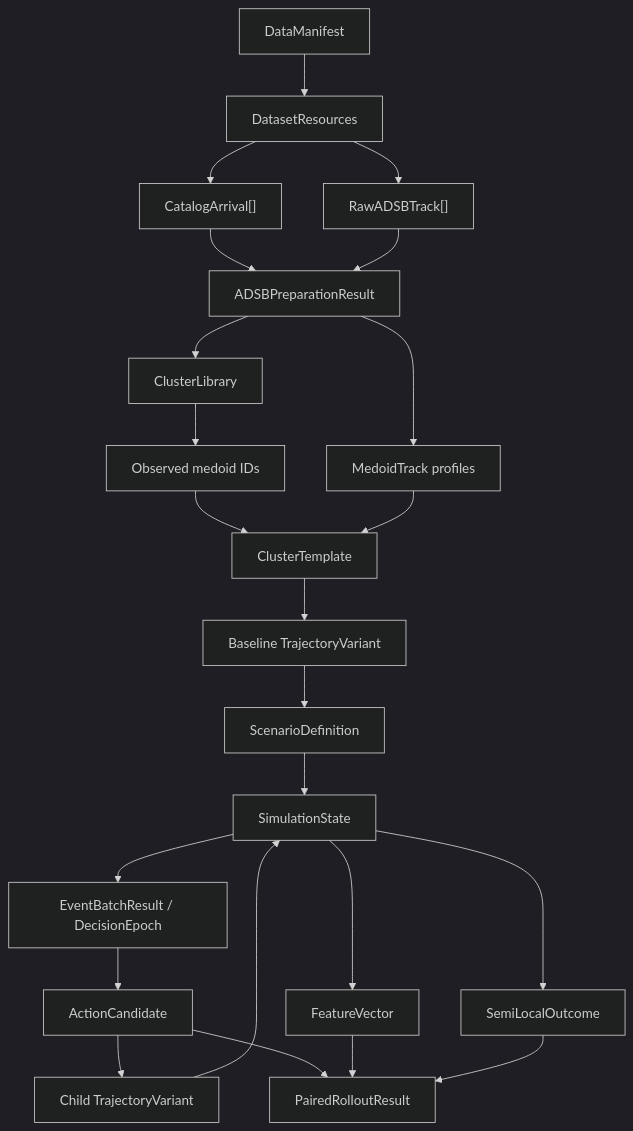
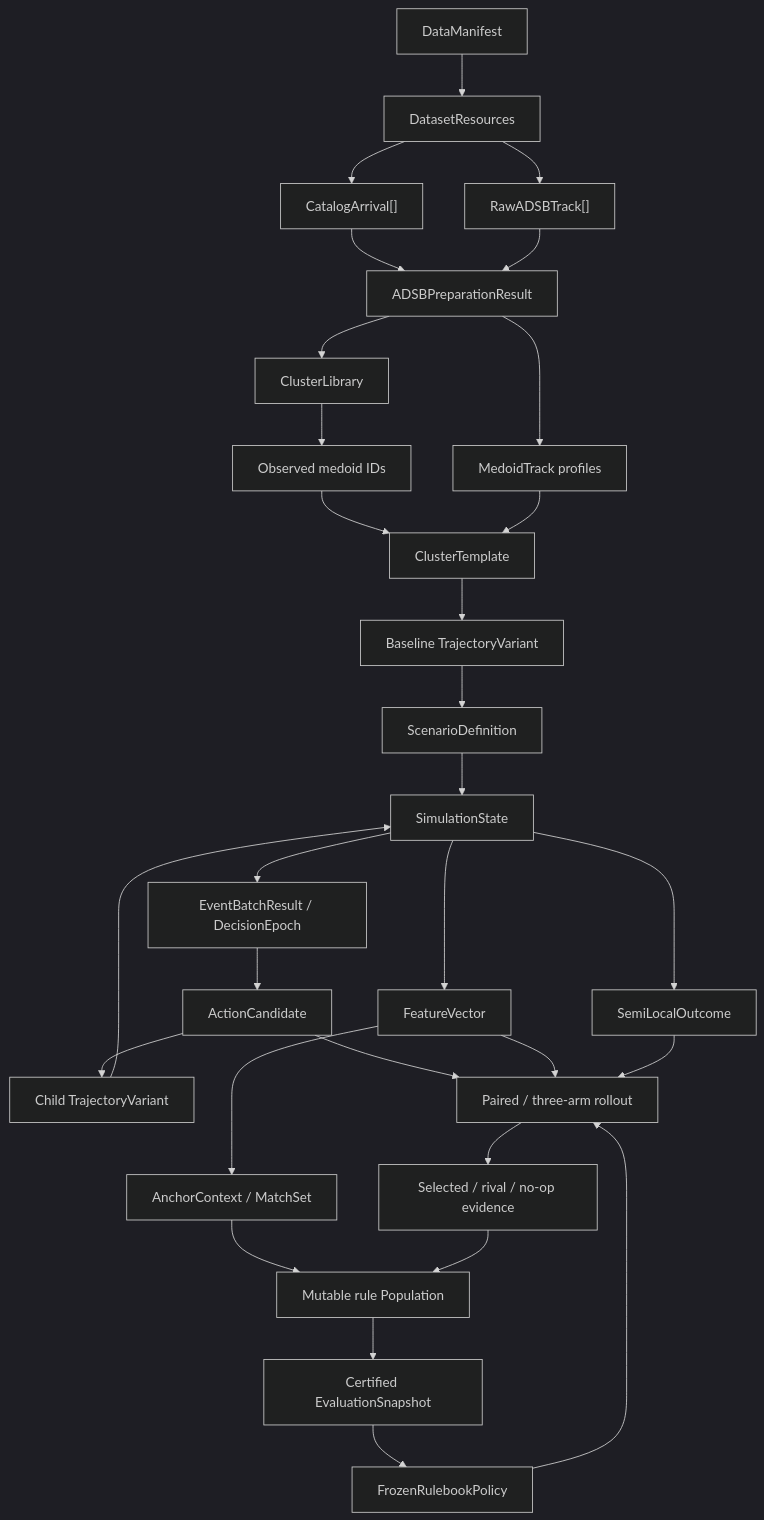
Before and after one commit to thinhhoang95/project-rustlingtree: the first of 2 diagrams in docs/hailmary/technicals/end-to-end-data-flow.md, drawn with Mermaid (dark theme). The commit also changed other lines of this file and 3 other files, not shown here.

Commit message:
Enhance Hailmary documentation: Update README, architecture, component reference, and end-to-end data flow to include learning layer details and clarify execution modes.

````diff
--- a/docs/hailmary/technicals/end-to-end-data-flow.md
+++ b/docs/hailmary/technicals/end-to-end-data-flow.md
@@ -18,25 +21,32 @@
 ```mermaid
 flowchart TD
     Manifest["DataManifest"] --> Resources["DatasetResources"]
     Resources --> Catalog["CatalogArrival[]"]
     Resources --> Raw["RawADSBTrack[]"]
     Catalog --> Prepared["ADSBPreparationResult"]
     Raw --> Prepared
     Prepared --> Library["ClusterLibrary"]
     Library --> MedoidIDs["Observed medoid IDs"]
     Prepared --> MedoidProfiles["MedoidTrack profiles"]
     MedoidIDs --> Template["ClusterTemplate"]
     MedoidProfiles --> Template
     Template --> Variant["Baseline TrajectoryVariant"]
     Variant --> Scenario["ScenarioDefinition"]
     Scenario --> State["SimulationState"]
     State --> Batch["EventBatchResult / DecisionEpoch"]
     Batch --> Candidate["ActionCandidate"]
     Candidate --> Child["Child TrajectoryVariant"]
     Child --> State
     State --> Vector["FeatureVector"]
     State --> Outcome["SemiLocalOutcome"]
-    Candidate --> Paired["PairedRolloutResult"]
+    Candidate --> Paired["Paired / three-arm rollout"]
     Vector --> Paired
     Outcome --> Paired
+    Paired --> Evidence["Selected / rival / no-op evidence"]
+    Vector --> Match["AnchorContext / MatchSet"]
+    Match --> Population["Mutable rule Population"]
+    Evidence --> Population
+    Population --> Snapshot["Certified EvaluationSnapshot"]
+    Snapshot --> Rulebook["FrozenRulebookPolicy"]
+    Rulebook --> Paired
 ```
````
